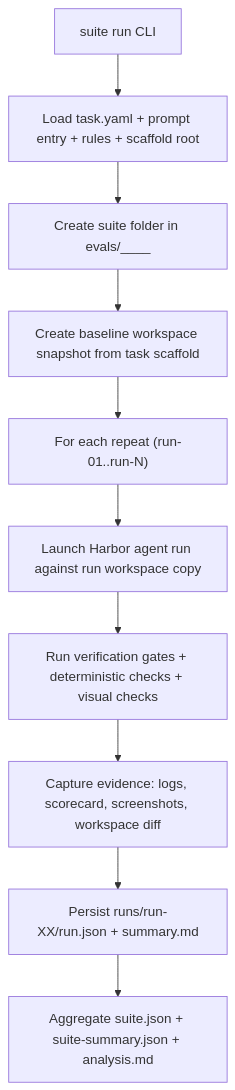
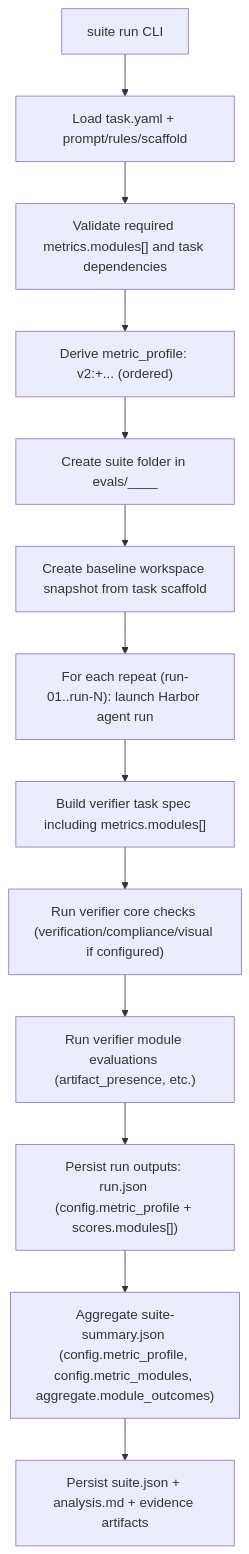
Before and after one commit to adam-jackson-cf/raidar: the first of 2 diagrams in README.md, drawn with Mermaid. The commit also changed other lines of this file and 2 other files, not shown here.

Commit message:
docs: align metrics v2 guidance and analyzer prompt

````diff
--- a/README.md
+++ b/README.md
@@ -97,12 +99,15 @@
 ```mermaid
 flowchart TD
-    A["suite run CLI"] --> B["Load task.yaml + prompt entry + rules + scaffold root"]
-    B --> C["Create suite folder in evals/<timestamp>__<task>__<version>"]
-    C --> D["Create baseline workspace snapshot from task scaffold"]
-    D --> E["For each repeat (run-01..run-N)"]
-    E --> F["Launch Harbor agent run against run workspace copy"]
-    F --> G["Run verification gates + deterministic checks + visual checks"]
-    G --> H["Capture evidence: logs, scorecard, screenshots, workspace diff"]
-    H --> I["Persist runs/run-XX/run.json + summary.md"]
-    I --> J["Aggregate suite.json + suite-summary.json + analysis.md"]
+    A["suite run CLI"] --> B["Load task.yaml + prompt/rules/scaffold"]
+    B --> C["Validate required metrics.modules[] and task dependencies"]
+    C --> D["Derive metric_profile: v2:<module-id>+... (ordered)"]
+    D --> E["Create suite folder in evals/<timestamp>__<task>__<version>"]
+    E --> F["Create baseline workspace snapshot from task scaffold"]
+    F --> G["For each repeat (run-01..run-N): launch Harbor agent run"]
+    G --> H["Build verifier task spec including metrics.modules[]"]
+    H --> I["Run verifier core checks (verification/compliance/visual if configured)"]
+    I --> J["Run verifier module evaluations (artifact_presence, etc.)"]
+    J --> K["Persist run outputs: run.json (config.metric_profile + scores.modules[])"]
+    K --> L["Aggregate suite-summary.json (config.metric_profile, config.metric_modules, aggregate.module_outcomes)"]
+    L --> M["Persist suite.json + analysis.md + evidence artifacts"]
 ```
````
